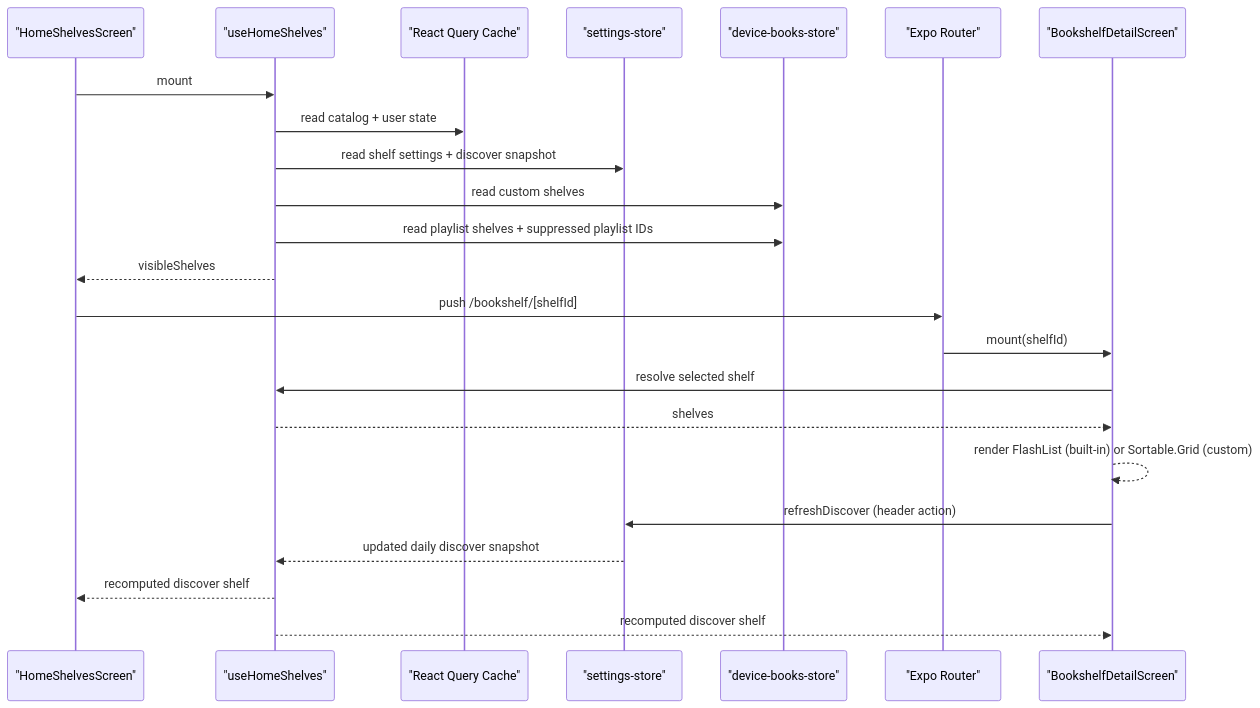
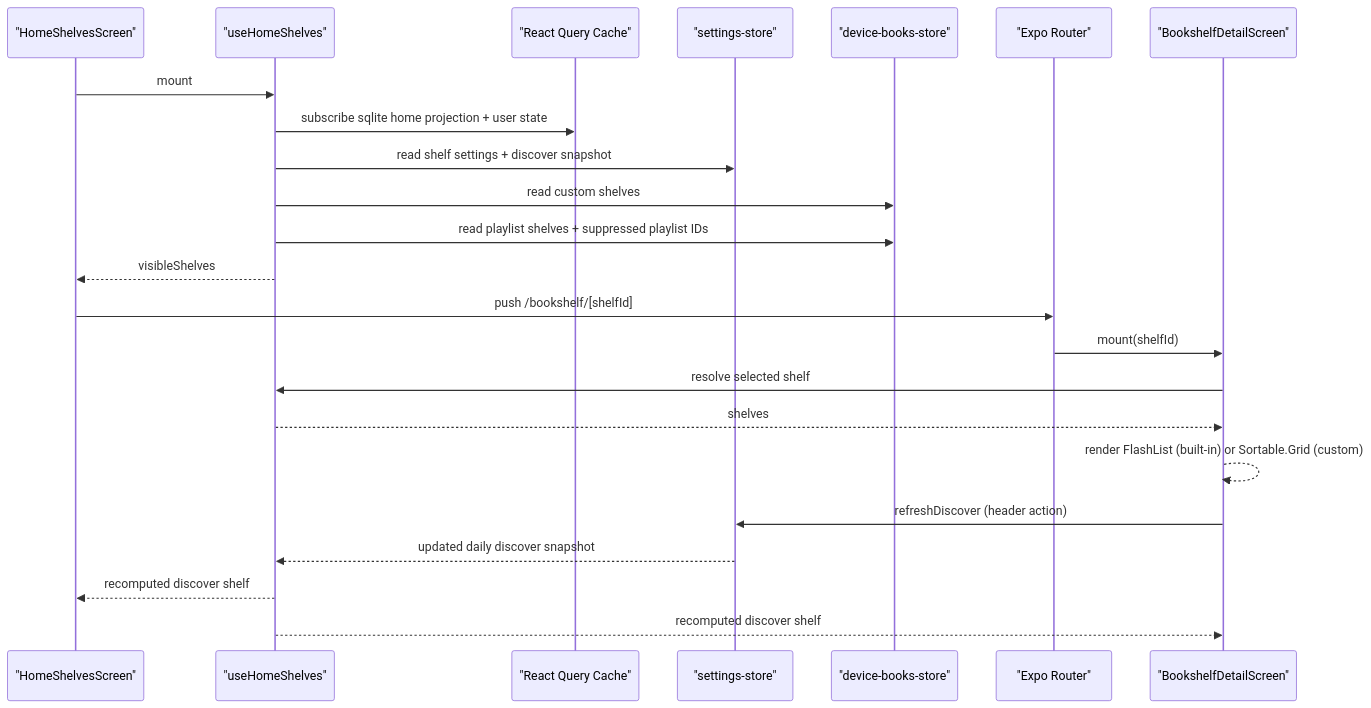
Before and after one commit to markmccoid/laabs_audio: the diagram in docs/bookshelves-concept-flow-code.md, drawn with Mermaid. The commit also changed other lines of this file and 19 other files, not shown here.

First line of the commit message:
Align docs with the SQLite read-model restructure; add docs index

````diff
--- a/docs/bookshelves-concept-flow-code.md
+++ b/docs/bookshelves-concept-flow-code.md
@@ -125,28 +130,28 @@
 ```mermaid
 sequenceDiagram
   participant HS as "HomeShelvesScreen"
   participant UHS as "useHomeShelves"
   participant RQ as "React Query Cache"
   participant SS as "settings-store"
   participant DBS as "device-books-store"
   participant RT as "Expo Router"
   participant BDS as "BookshelfDetailScreen"
 
   HS->>UHS: mount
-  UHS->>RQ: read catalog + user state
+  UHS->>RQ: subscribe sqlite home projection + user state
   UHS->>SS: read shelf settings + discover snapshot
   UHS->>DBS: read custom shelves
   UHS->>DBS: read playlist shelves + suppressed playlist IDs
   UHS-->>HS: visibleShelves
 
   HS->>RT: push /bookshelf/[shelfId]
   RT->>BDS: mount(shelfId)
   BDS->>UHS: resolve selected shelf
   UHS-->>BDS: shelves
   BDS-->>BDS: render FlashList (built-in) or Sortable.Grid (custom)
 
   BDS->>SS: refreshDiscover (header action)
   SS-->>UHS: updated daily discover snapshot
   UHS-->>HS: recomputed discover shelf
   UHS-->>BDS: recomputed discover shelf
 ```
````
